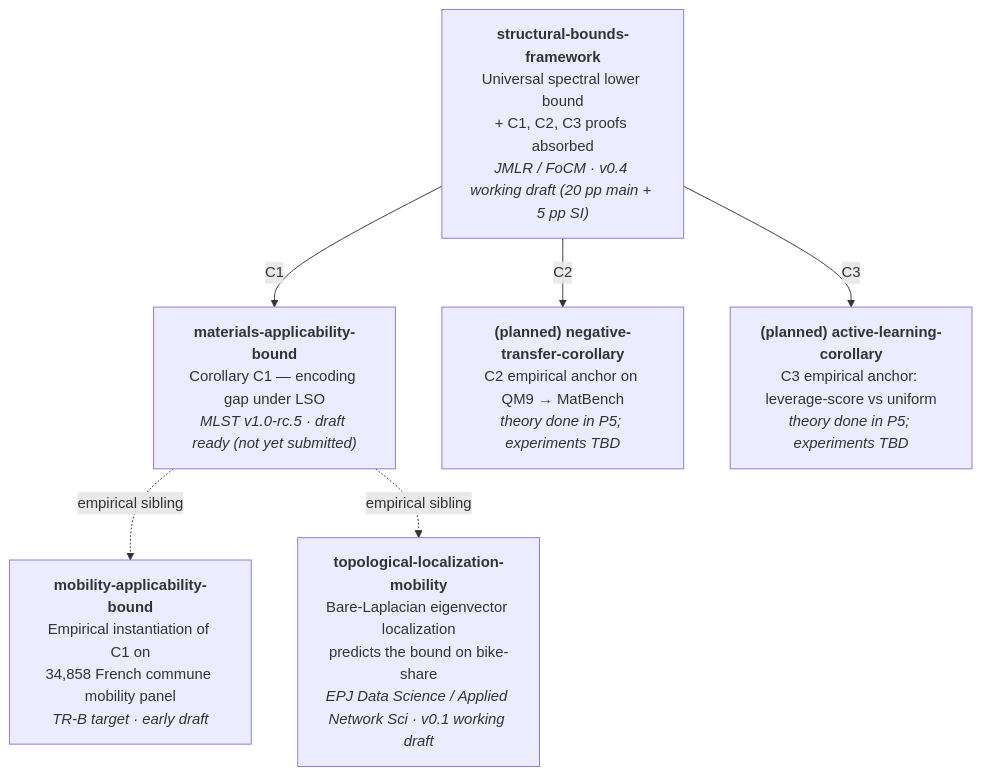
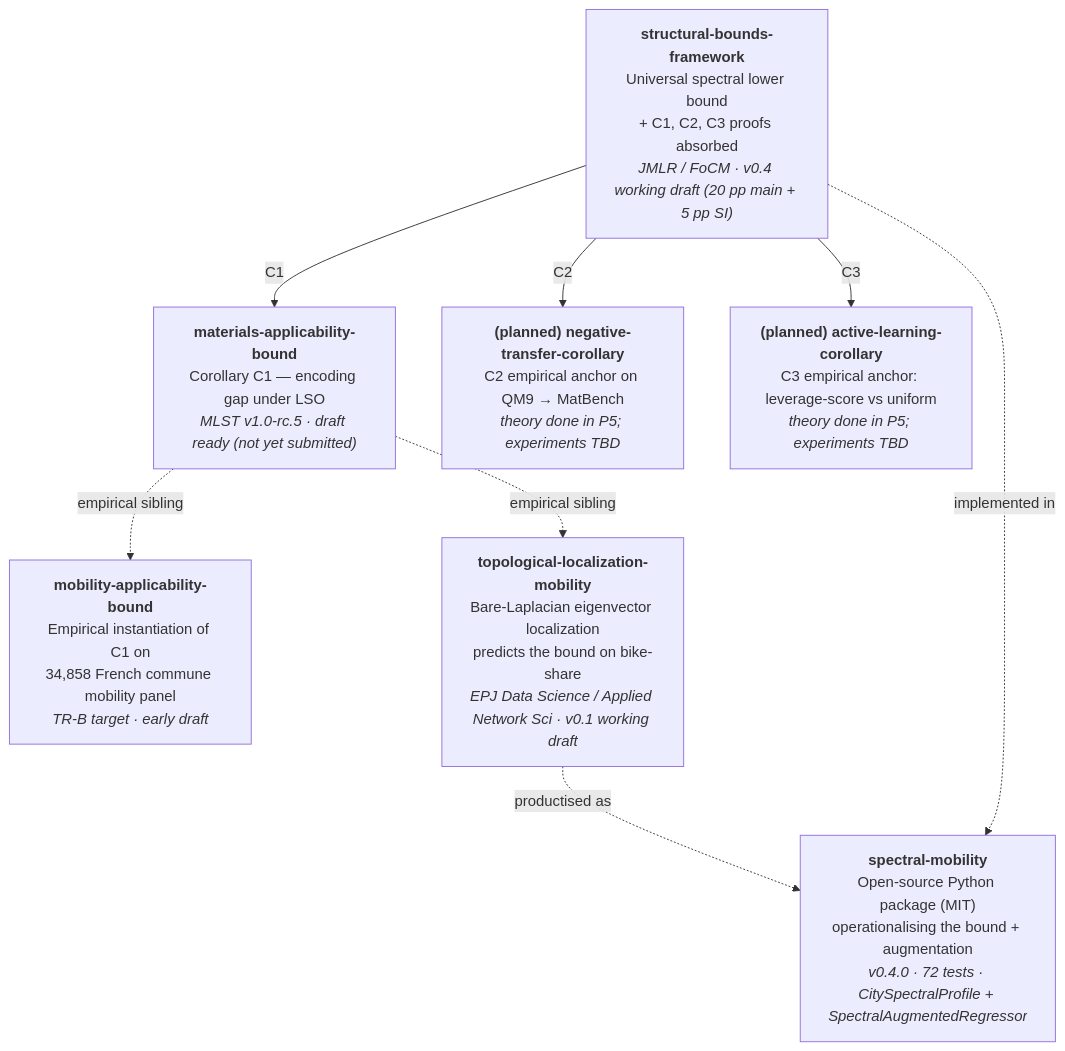
One commit to cycling-data-lab/.github changed the first of 2 diagrams in profile/README.md. Above: the diagram before and after it, drawn with Mermaid. The commit also changed other lines of this file, not shown here.

First line of the commit message:
Org README v3: integrate spectral-mobility, expand submission roadmap

````diff
--- a/profile/README.md
+++ b/profile/README.md
@@ -21,15 +21,18 @@
 ```mermaid
 flowchart TD
     P5["<b>structural-bounds-framework</b><br/>Universal spectral lower bound<br/>+ C1, C2, C3 proofs absorbed<br/><i>JMLR / FoCM · v0.4 working draft (20 pp main + 5 pp SI)</i>"]
     P1["<b>materials-applicability-bound</b><br/>Corollary C1 — encoding gap under LSO<br/><i>MLST v1.0-rc.5 · draft ready (not yet submitted)</i>"]
     P4["<b>mobility-applicability-bound</b><br/>Empirical instantiation of C1 on<br/>34,858 French commune mobility panel<br/><i>TR-B target · early draft</i>"]
     P6["<b>topological-localization-mobility</b><br/>Bare-Laplacian eigenvector localization<br/>predicts the bound on bike-share<br/><i>EPJ Data Science / Applied Network Sci · v0.1 working draft</i>"]
+    TOOL["<b>spectral-mobility</b><br/>Open-source Python package (MIT)<br/>operationalising the bound + augmentation<br/><i>v0.4.0 · 72 tests · CitySpectralProfile + SpectralAugmentedRegressor</i>"]
     P2["<b>(planned) negative-transfer-corollary</b><br/>C2 empirical anchor on QM9 → MatBench<br/><i>theory done in P5; experiments TBD</i>"]
     P3["<b>(planned) active-learning-corollary</b><br/>C3 empirical anchor: leverage-score vs uniform<br/><i>theory done in P5; experiments TBD</i>"]
 
     P5 -->|C1| P1
     P5 -->|C2| P2
     P5 -->|C3| P3
+    P5 -.->|implemented in| TOOL
     P1 -.->|empirical sibling| P4
     P1 -.->|empirical sibling| P6
+    P6 -.->|productised as| TOOL
 ```
````
